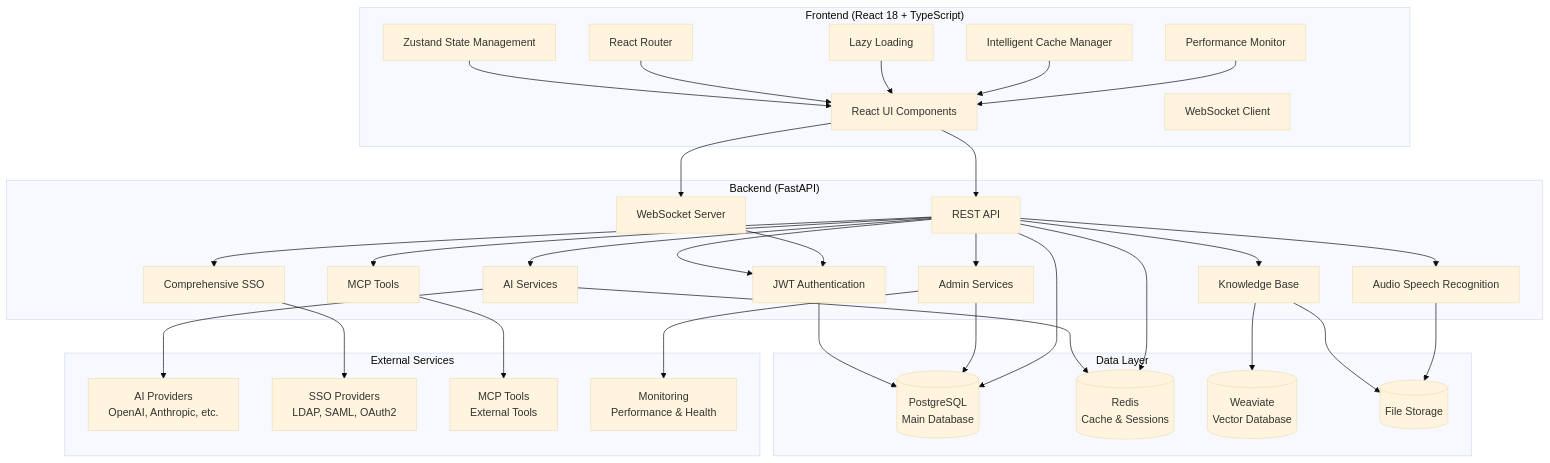
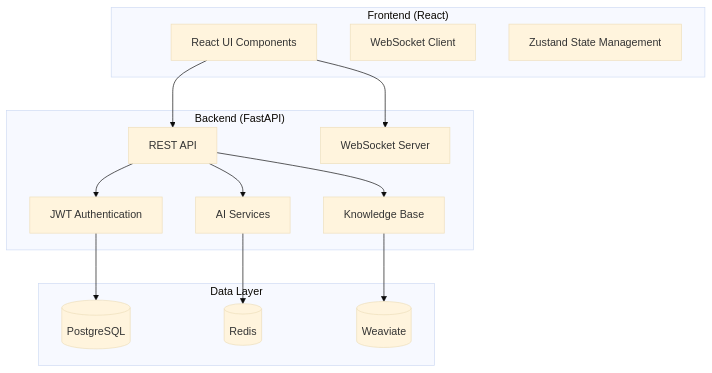
One commit to ConvoSphere/ConvoSphere changed the diagram in docs/index.md. Above: the diagram before and after it, drawn with Mermaid (base theme). The commit also changed other lines of this file and 92 other files, not shown here.

````diff
--- a/docs/index.md
+++ b/docs/index.md
@@ -178,69 +77,31 @@
 ```mermaid
 graph TB
-    subgraph "Frontend (React 18 + TypeScript)"
+    subgraph "Frontend (React)"
         UI[React UI Components]
         WS[WebSocket Client]
         State[Zustand State Management]
-        Router[React Router]
-        Lazy[Lazy Loading]
-        Cache[Intelligent Cache Manager]
-        Perf[Performance Monitor]
     end
     
     subgraph "Backend (FastAPI)"
         API[REST API]
         WS_Server[WebSocket Server]
         Auth[JWT Authentication]
-        SSO[Comprehensive SSO]
         AI[AI Services]
         KB[Knowledge Base]
-        Tools[MCP Tools]
-        Admin[Admin Services]
-        ASR[Audio Speech Recognition]
     end
     
     subgraph "Data Layer"
-        PG[(PostgreSQL<br/>Main Database)]
-        Redis[(Redis<br/>Cache & Sessions)]
-        Weaviate[(Weaviate<br/>Vector Database)]
-        Storage[(File Storage)]
-    end
-    
-    subgraph "External Services"
-        AI_Providers[AI Providers<br/>OpenAI, Anthropic, etc.]
-        SSO_Providers[SSO Providers<br/>LDAP, SAML, OAuth2]
-        MCP_Tools[MCP Tools<br/>External Tools]
-        Monitor[Monitoring<br/>Performance & Health]
+        PG[(PostgreSQL)]
+        Redis[(Redis)]
+        Weaviate[(Weaviate)]
     end
     
     UI --> API
     UI --> WS_Server
-    State --> UI
-    Router --> UI
-    Lazy --> UI
-    Cache --> UI
-    Perf --> UI
-    
     API --> Auth
-    API --> SSO
     API --> AI
     API --> KB
-    API --> Tools
-    API --> Admin
-    API --> ASR
-    WS_Server --> Auth
-    
     Auth --> PG
-    SSO --> SSO_Providers
-    AI --> AI_Providers
     AI --> Redis
     KB --> Weaviate
-    KB --> Storage
-    Tools --> MCP_Tools
-    Admin --> PG
-    Admin --> Monitor
-    ASR --> Storage
-    
-    API --> PG
-    API --> Redis
 ```
````
